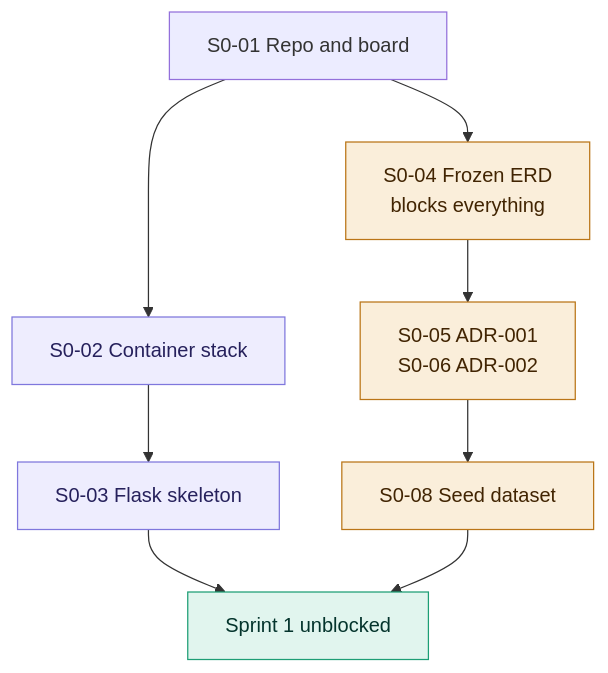
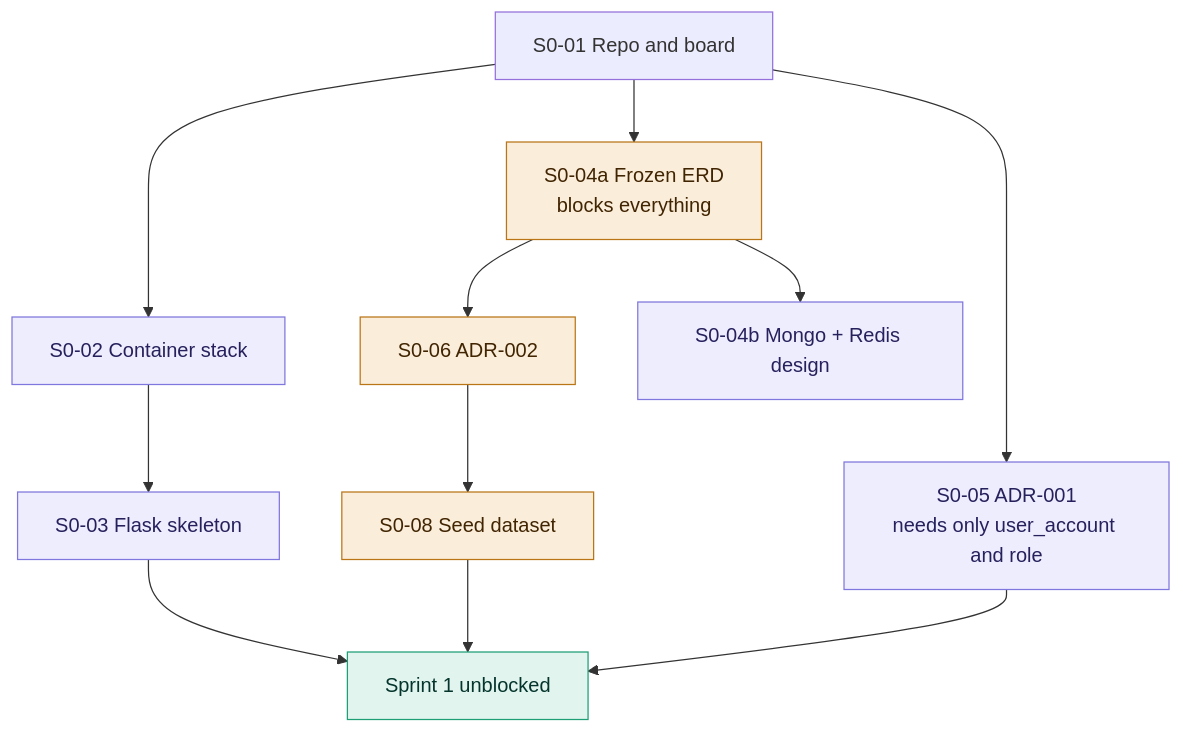
One commit to Equipo-03-Proyecto10/retail-segmentation changed the diagram in docs/scrum/03-sprint-00-backlog.md. Above: the diagram before and after it, drawn with Mermaid. The commit also changed other lines of this file, not shown here.

````diff
--- a/docs/scrum/03-sprint-00-backlog.md
+++ b/docs/scrum/03-sprint-00-backlog.md
@@ -22,16 +23,19 @@
 ```mermaid
 flowchart TD
     A[S0-01 Repo and board] --> B[S0-02 Container stack]
-    A --> C[S0-04 Frozen ERD<br/>blocks everything]
+    A --> C[S0-04a Frozen ERD<br/>blocks everything]
+    A --> H[S0-05 ADR-001<br/>needs only user_account and role]
     B --> D[S0-03 Flask skeleton]
-    C --> E[S0-05 ADR-001<br/>S0-06 ADR-002]
+    C --> E[S0-06 ADR-002]
+    C --> I[S0-04b Mongo + Redis design]
     E --> F[S0-08 Seed dataset]
     D --> G[Sprint 1 unblocked]
     F --> G
+    H --> G
     classDef crit fill:#FAEEDA,stroke:#BA7517,color:#412402
     classDef norm fill:#EEEDFE,stroke:#7F77DD,color:#26215C
     classDef out fill:#E1F5EE,stroke:#1D9E75,color:#04342C
     class C,E,F crit
-    class B,D norm
+    class B,D,H,I norm
     class G out
 ```
````
